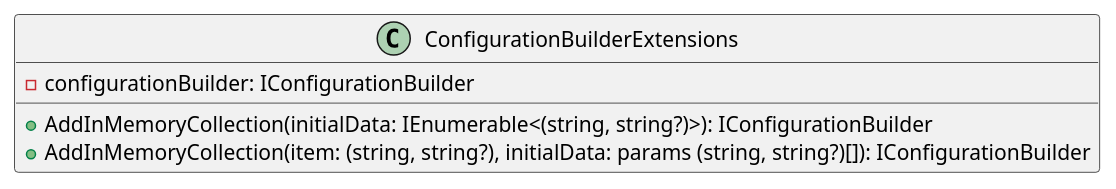
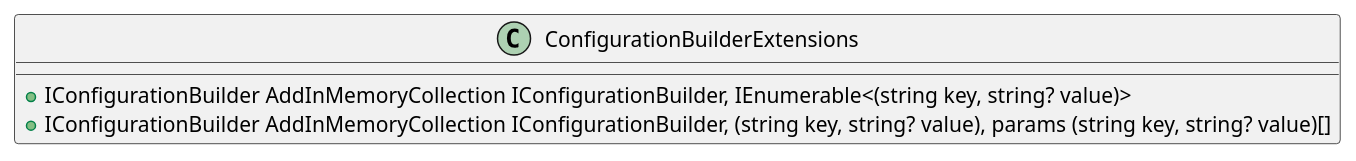
The second of 3 diagrams in docs/generated/Framework/Eliassen.Extensions/Configuration/Documentation.md (mwwhited-forks/dotnet-libs), drawn with PlantUML before and after one commit. The commit also changed other lines of this file and 444 other files, not shown here.

````diff
--- a/docs/generated/Framework/Eliassen.Extensions/Configuration/Documentation.md
+++ b/docs/generated/Framework/Eliassen.Extensions/Configuration/Documentation.md
@@ -109,9 +27,8 @@
 ```plantuml
 @startuml
 class ConfigurationBuilderExtensions {
-  - configurationBuilder: IConfigurationBuilder
-  + AddInMemoryCollection(initialData: IEnumerable<(string, string?)>): IConfigurationBuilder
-  + AddInMemoryCollection(item: (string, string?), initialData: params (string, string?)[]): IConfigurationBuilder
+  +IConfigurationBuilder AddInMemoryCollection IConfigurationBuilder, IEnumerable<(string key, string? value)>
+  +IConfigurationBuilder AddInMemoryCollection IConfigurationBuilder, (string key, string? value), params (string key, string? value)[]
 }
 @enduml
 ```
````
